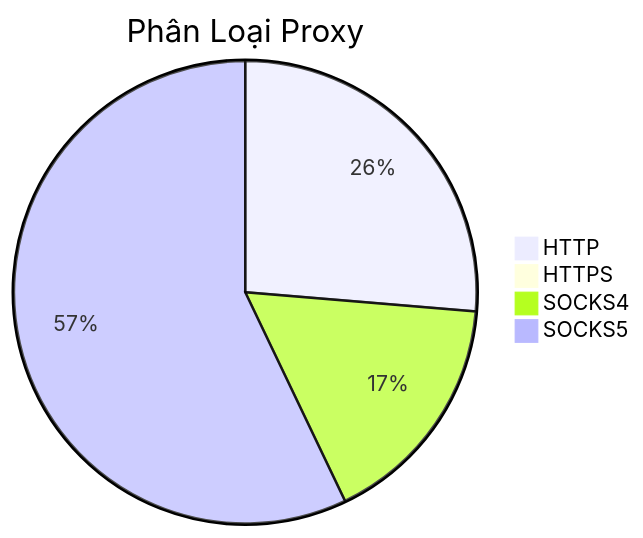
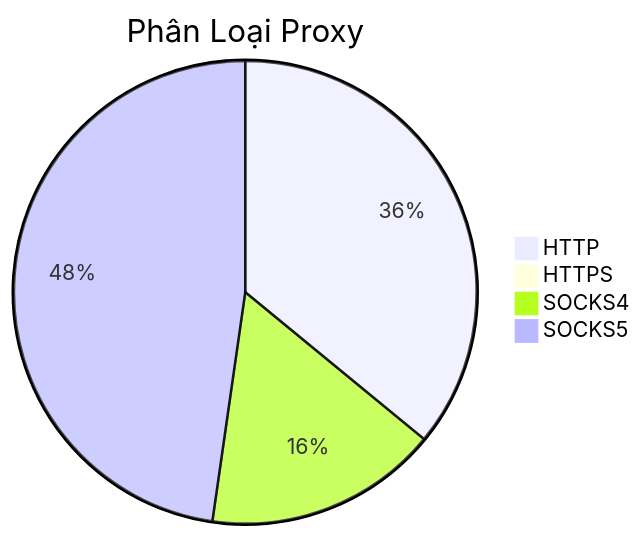
Before and after one commit to Ciara-12/PROXY-free: the diagram in README.md, drawn with Mermaid. The commit also changed other lines of this file and 4 other files, not shown here.

````diff
--- a/README.md
+++ b/README.md
@@ -26,7 +26,7 @@
 ```mermaid
 pie title Phân Loại Proxy
-    "HTTP" : 508
-    "HTTPS" : 0
-    "SOCKS4" : 320
-    "SOCKS5" : 1102
+    "HTTP" : 665
+    "HTTPS" : 3
+    "SOCKS4" : 302
+    "SOCKS5" : 883
 ```
````
